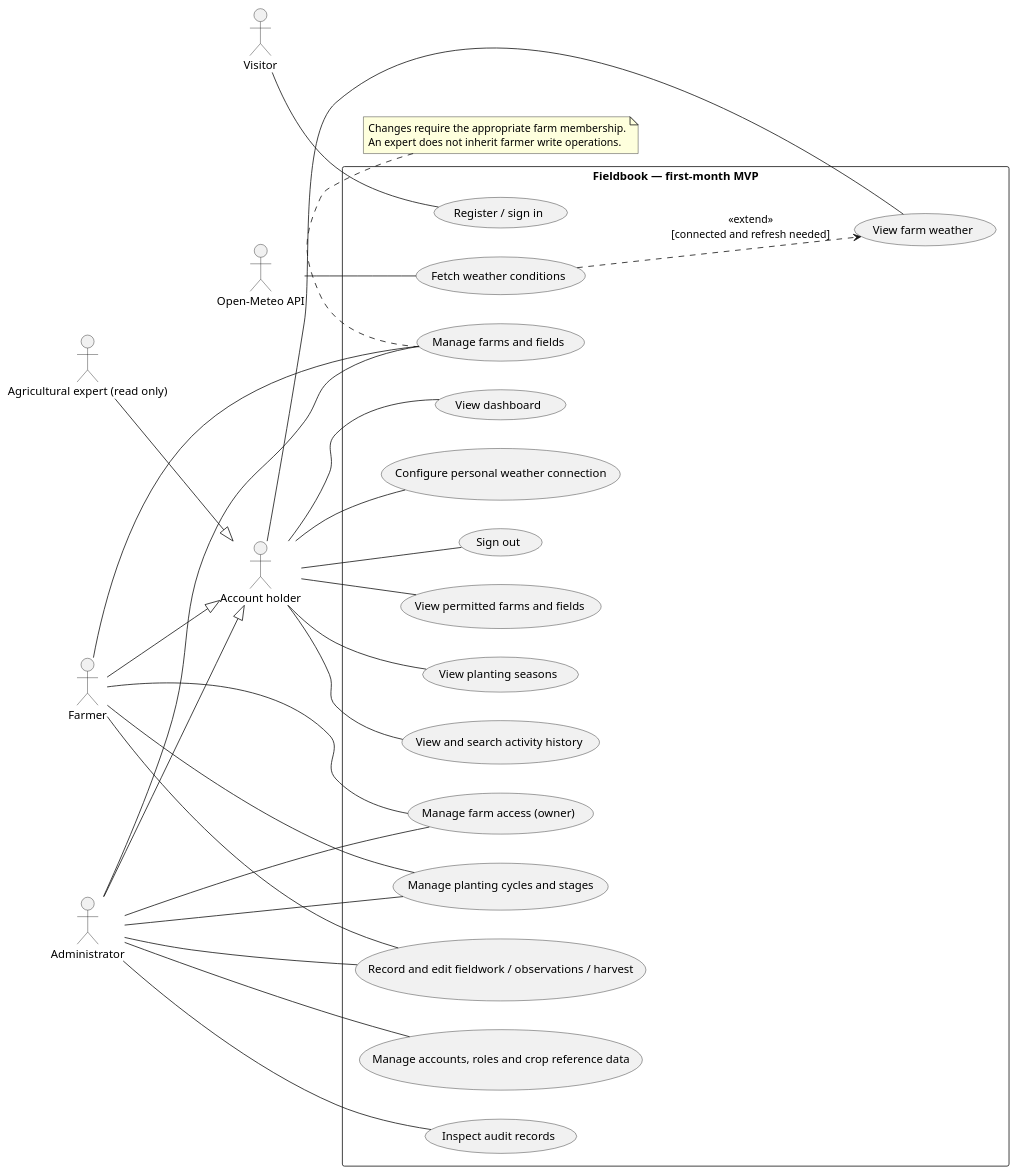
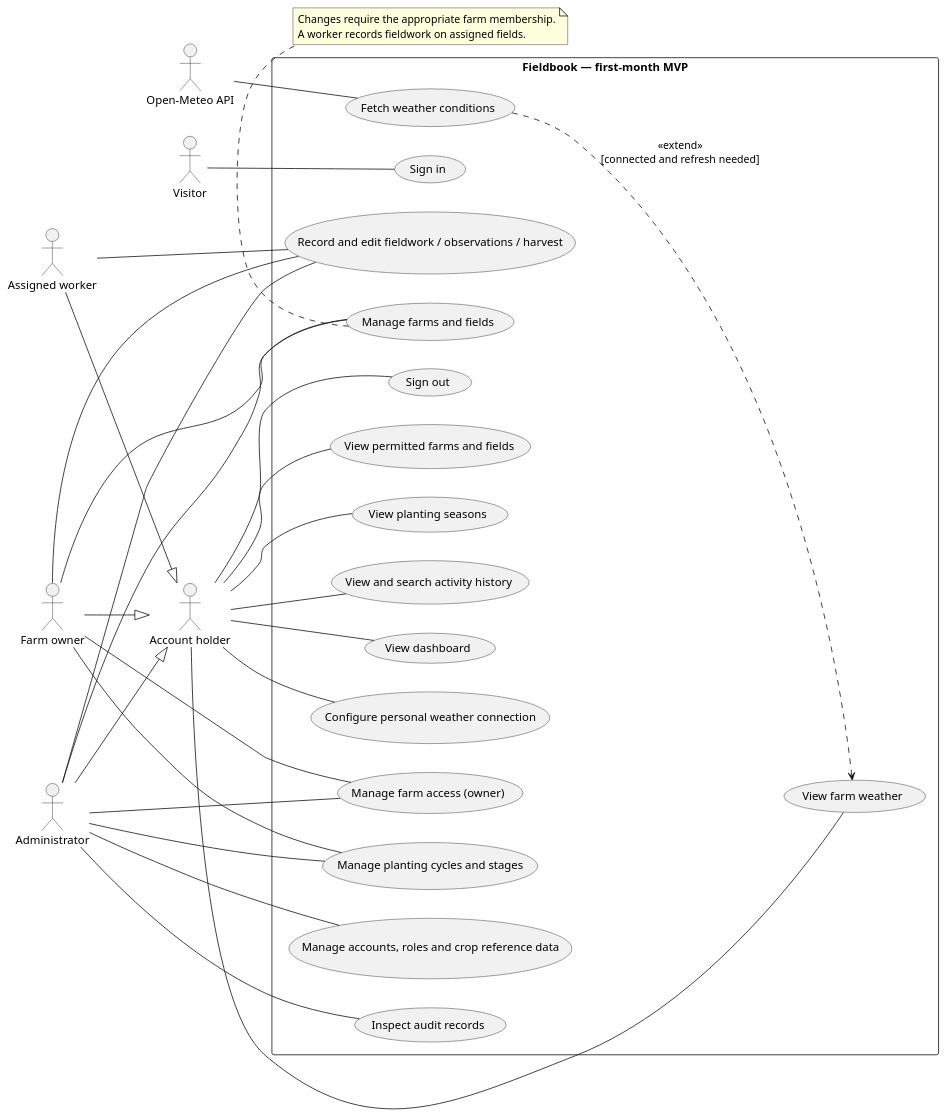
The diagram in docs/use-cases.puml (WasMas/Farm_App), drawn with PlantUML before and after one commit. The commit also changed 30 other files, not shown here.

```diff
--- a/docs/use-cases.puml
+++ b/docs/use-cases.puml
@@ -1,53 +1,54 @@
 @startuml Fieldbook_MVP_Use_Cases
 left to right direction
 actor Visitor
 actor "Account holder" as Holder
-actor Farmer
+actor "Farm owner" as Owner
 actor Administrator as Admin
-actor "Agricultural expert (read only)" as Expert
+actor "Assigned worker" as Worker
 actor "Open-Meteo API" as WeatherAPI
-Farmer --|> Holder
+Owner --|> Holder
 Admin --|> Holder
-Expert --|> Holder
+Worker --|> Holder
 rectangle "Fieldbook — first-month MVP" {
-  usecase "Register / sign in" as Login
+  usecase "Sign in" as Login
   usecase "Sign out" as Logout
   usecase "View permitted farms and fields" as ReadFarm
   usecase "View planting seasons" as ReadCrops
   usecase "View and search activity history" as History
   usecase "View dashboard" as Dashboard
   usecase "View farm weather" as Weather
   usecase "Configure personal weather connection" as WeatherConfig
   usecase "Fetch weather conditions" as Fetch
   usecase "Manage farms and fields" as ManageFarm
   usecase "Manage farm access (owner)" as Share
   usecase "Manage planting cycles and stages" as ManageCrops
   usecase "Record and edit fieldwork / observations / harvest" as Work
   usecase "Manage accounts, roles and crop reference data" as Administration
   usecase "Inspect audit records" as Audit
 }
 Visitor -- Login
 Holder -- Logout
 Holder -- ReadFarm
 Holder -- ReadCrops
 Holder -- History
 Holder -- Dashboard
 Holder -- Weather
 Holder -- WeatherConfig
-Farmer -- ManageFarm
-Farmer -- Share
-Farmer -- ManageCrops
-Farmer -- Work
+Owner -- ManageFarm
+Owner -- Share
+Owner -- ManageCrops
+Owner -- Work
+Worker -- Work
 Admin -- ManageFarm
 Admin -- Share
 Admin -- ManageCrops
 Admin -- Work
 Admin -- Administration
 Admin -- Audit
 Fetch ..> Weather : <<extend>>\n[connected and refresh needed]
 WeatherAPI -- Fetch
 note bottom of ManageFarm
   Changes require the appropriate farm membership.
-  An expert does not inherit farmer write operations.
+  A worker records fieldwork on assigned fields.
 end note
 @enduml
```
